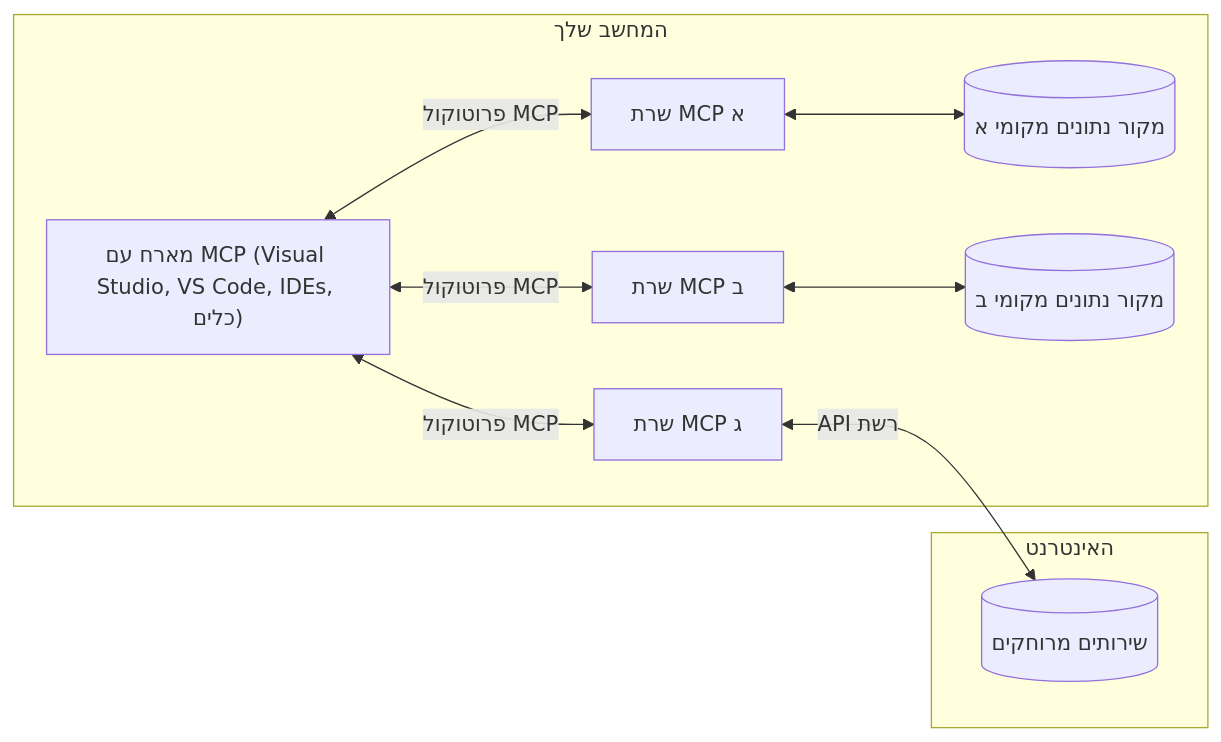
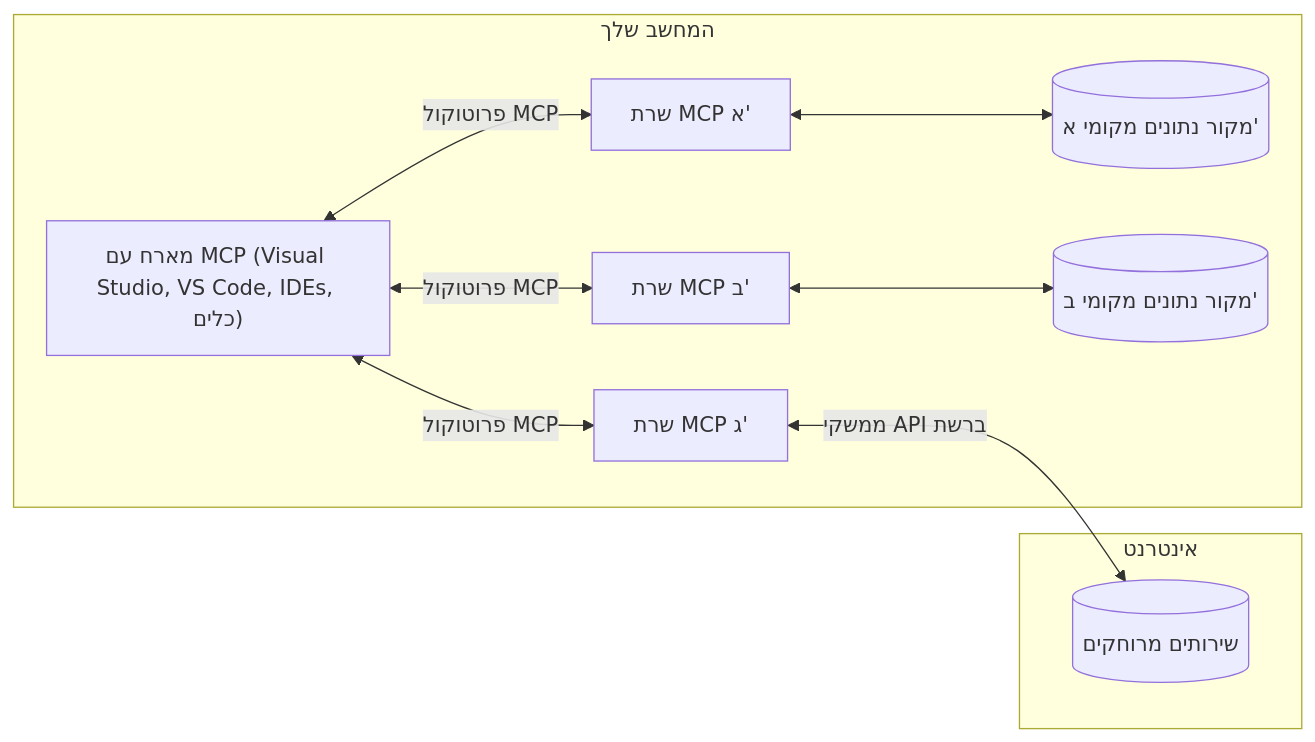
Before and after one commit to Mu-L/mcp-for-beginners: the diagram in translations/he/01-CoreConcepts/README.md, drawn with Mermaid. The commit also changed other lines of this file and 110 other files, not shown here.

````diff
--- a/translations/he/01-CoreConcepts/README.md
+++ b/translations/he/01-CoreConcepts/README.md
@@ -45,17 +45,17 @@
 ```mermaid
 flowchart LR
     subgraph "המחשב שלך"
         Host["מארח עם MCP (Visual Studio, VS Code, IDEs, כלים)"]
-        S1["שרת MCP א"]
-        S2["שרת MCP ב"]
-        S3["שרת MCP ג"]
+        S1["שרת MCP א'"]
+        S2["שרת MCP ב'"]
+        S3["שרת MCP ג'"]
         Host <-->|"פרוטוקול MCP"| S1
         Host <-->|"פרוטוקול MCP"| S2
         Host <-->|"פרוטוקול MCP"| S3
-        S1 <--> D1[("מקור נתונים מקומי א")]
-        S2 <--> D2[("מקור נתונים מקומי ב")]
+        S1 <--> D1[("מקור נתונים מקומי א'")]
+        S2 <--> D2[("מקור נתונים מקומי ב'")]
     end
-    subgraph "האינטרנט"
-        S3 <-->|"API רשת"| D3[("שירותים מרוחקים")]
+    subgraph "אינטרנט"
+        S3 <-->|"ממשקי API ברשת"| D3[("שירותים מרוחקים")]
     end
-```
+```  
````
